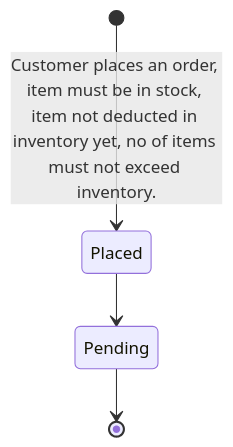
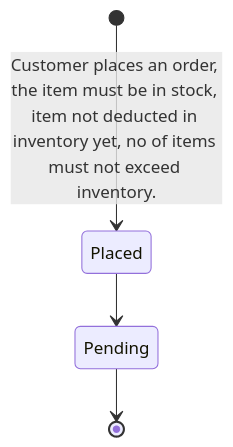
One commit to JianLoong/jianloong.github.io changed the third of 7 diagrams in content/posts/statechart.md. Above: the diagram before and after it, drawn with Mermaid. The commit also changed other lines of this file and 66 other files, not shown here.

```diff
--- a/content/posts/statechart.md
+++ b/content/posts/statechart.md
@@ -75,8 +80,8 @@
 {{<mermaid align="center">}}
 stateDiagram-v2
 
-    [*] --> Placed : Customer places an order, item must be in stock, item not deducted in inventory yet, no of items must not exceed inventory.
+    [*] --> Placed: Customer places an order, the item must be in stock, item not deducted in inventory yet, no of items must not exceed inventory.
     Placed --> Pending
     Pending --> [*]
 
 {{< /mermaid >}}
```
